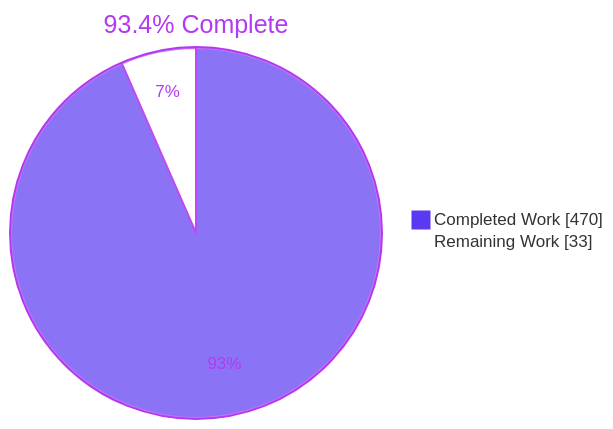
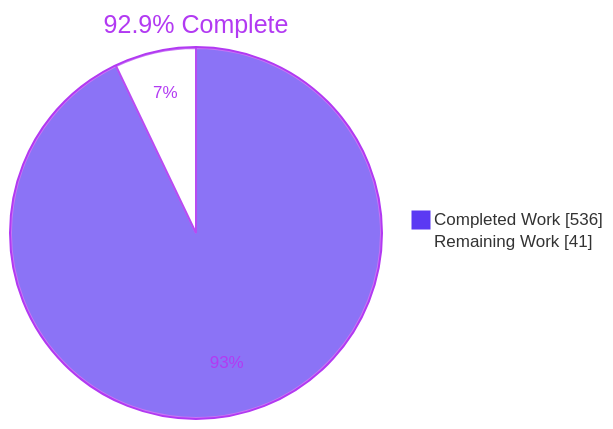
One commit to blitzy-public-samples/phuse-scripts changed the first of 3 diagrams in blitzy/documentation/Project Guide - 0eccb49b-cfd5-4271-9920-601ed7c17315.md. Above: the diagram before and after it, drawn with Mermaid. The commit also changed other lines of this file, not shown here.

Commit message:
Adding Blitzy Project Guide: Project Status and Human Tasks Remaining

````diff
--- a/blitzy/documentation/Project Guide - 0eccb49b-cfd5-4271-9920-601ed7c17315.md
+++ b/blitzy/documentation/Project Guide - 0eccb49b-cfd5-4271-9920-601ed7c17315.md
@@ -15,6 +9,6 @@
 ```mermaid
 %%{init: {"theme": "base", "themeVariables": {"pie1": "#5B39F3", "pie2": "#FFFFFF", "pieStrokeColor": "#B23AF2", "pieOuterStrokeColor": "#B23AF2", "pieTitleTextColor": "#B23AF2", "pieSectionTextColor": "#B23AF2"}}}%%
-pie showData title 93.4% Complete
-    "Completed Work" : 470
-    "Remaining Work" : 33
+pie showData title 92.9% Complete
+    "Completed Work" : 536
+    "Remaining Work" : 41
 ```
````
